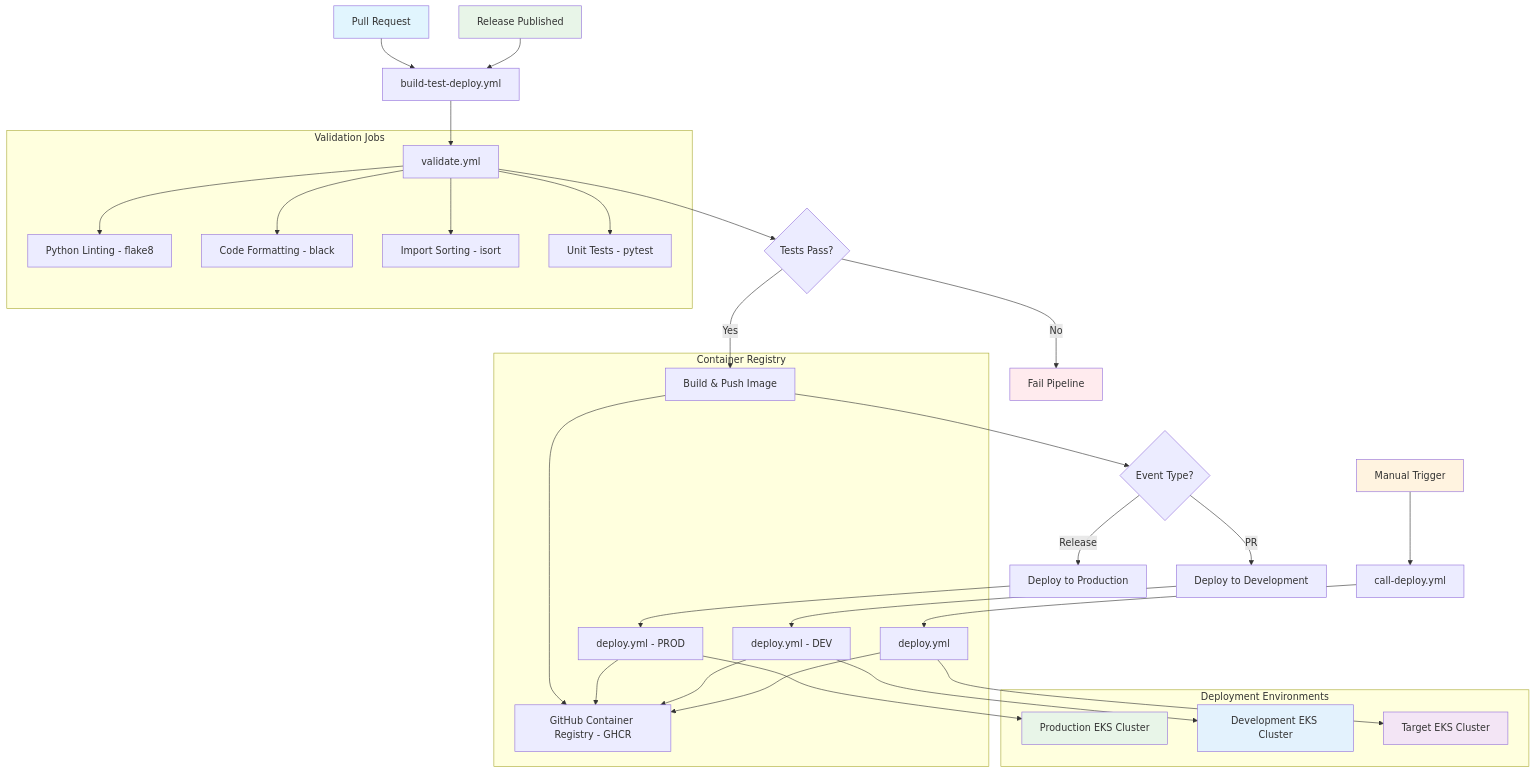
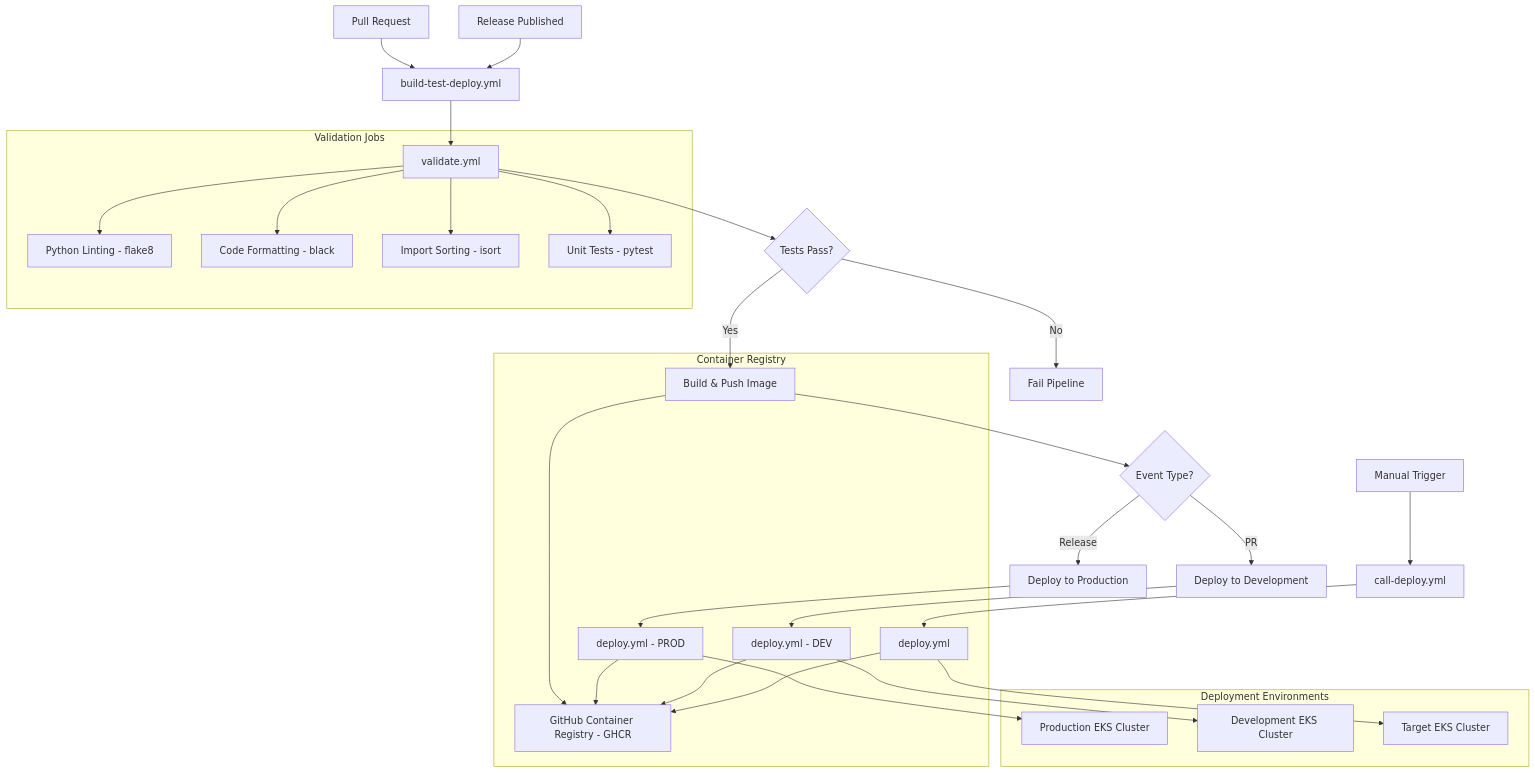
One commit to bruj0/cicd-for-eks changed the diagram in README.md. Above: the diagram before and after it, drawn with Mermaid.

````diff
--- a/README.md
+++ b/README.md
@@ -132,59 +132,52 @@
 ```mermaid
 flowchart TD
     PullReq[Pull Request] --> MainPipeline[build-test-deploy.yml]
     Release[Release Published] --> MainPipeline
     ManualDeploy[Manual Trigger] --> CallDeploy[call-deploy.yml]
 
 
     MainPipeline --> Validate[validate.yml]
     Validate --> TestCheck{Tests Pass?}
     TestCheck -->|Yes| BuildPush[Build & Push Image]
     TestCheck -->|No| FailPipeline[Fail Pipeline]
 
     BuildPush --> EventCheck{Event Type?}
     EventCheck -->|Release| ProdDeploy[Deploy to Production]
     EventCheck -->|PR| DevDeploy[Deploy to Development]
 
     ProdDeploy --> DeployProd[deploy.yml - PROD]
     DevDeploy --> DeployDev[deploy.yml - DEV]
     CallDeploy --> DeployTarget[deploy.yml]
 
     DeployProd --> ProdCluster[Production EKS Cluster]
     DeployDev --> DevCluster[Development EKS Cluster]
     DeployTarget --> TargetCluster[Target EKS Cluster]
 
 
 
     subgraph "Validation Jobs"
         Flake8[Python Linting - flake8]
         Black[Code Formatting - black]
         Isort[Import Sorting - isort]
         Pytest[Unit Tests - pytest]
         Validate --> Flake8
         Validate --> Black
         Validate --> Isort
         Validate --> Pytest
     end
 
     subgraph "Container Registry"
         GHCR[GitHub Container Registry - GHCR]
         BuildPush --> GHCR
         DeployProd --> GHCR
         DeployDev --> GHCR
         DeployTarget --> GHCR
     end
 
     subgraph "Deployment Environments"
         ProdCluster
         DevCluster
         TargetCluster
     end
 
-    style PullReq fill:#e1f5fe
-    style Release fill:#e8f5e8
-    style ManualDeploy fill:#fff3e0
-    style FailPipeline fill:#ffebee
-    style ProdCluster fill:#e8f5e8
-    style DevCluster fill:#e3f2fd
-    style TargetCluster fill:#f3e5f5
 ```
````
